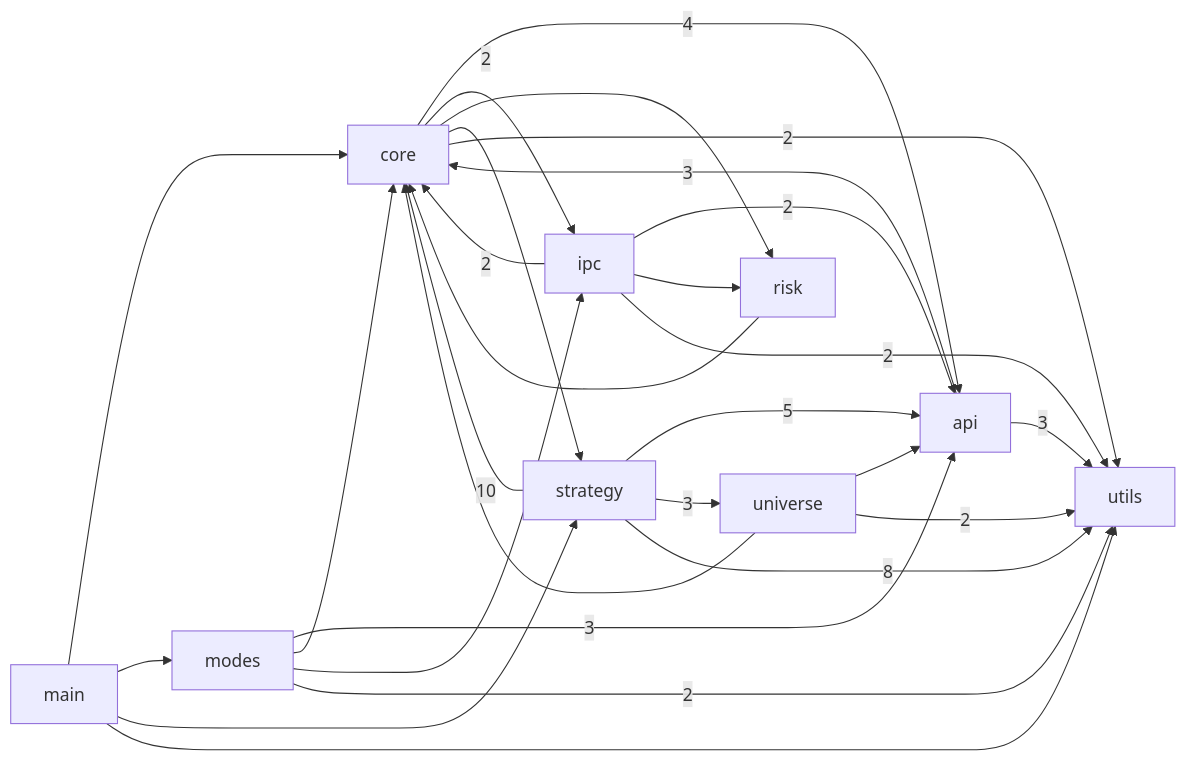
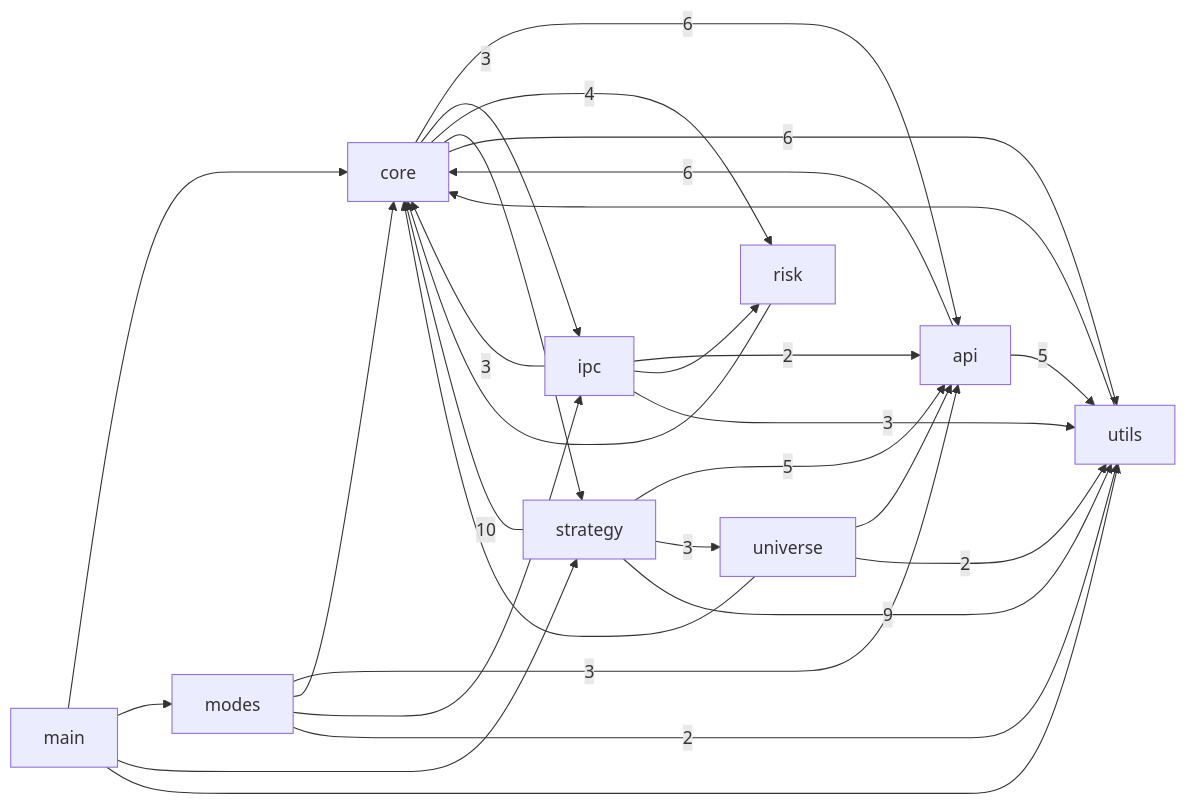
Before and after one commit to pypy8171/Quant: the first of 3 diagrams in docs/CODE_GRAPH.md, drawn with Mermaid. The commit also changed other lines of this file and 2 other files, not shown here.

First line of the commit message:
docs(graph): Engine 분할 뒤 코드 의존 그래프를 다시 만든다

````diff
--- a/docs/CODE_GRAPH.md
+++ b/docs/CODE_GRAPH.md
@@ -10,39 +10,40 @@
 ```mermaid
 graph LR
   main[main]
   modes[modes]
   core[core]
   strategy[strategy]
   api[api]
   universe[universe]
   risk[risk]
   ipc[ipc]
   utils[utils]
-  api -->|3| core
-  api -->|3| utils
-  core -->|4| api
-  core -->|2| ipc
-  core --> risk
+  api -->|6| core
+  api -->|5| utils
+  core -->|6| api
+  core -->|3| ipc
+  core -->|4| risk
   core --> strategy
-  core -->|2| utils
+  core -->|6| utils
   ipc -->|2| api
-  ipc -->|2| core
+  ipc -->|3| core
   ipc --> risk
-  ipc -->|2| utils
+  ipc -->|3| utils
   main --> core
   main --> modes
   main --> strategy
   main --> utils
   modes -->|3| api
   modes --> core
   modes --> ipc
   modes -->|2| utils
   risk --> core
   strategy -->|5| api
   strategy -->|10| core
   strategy -->|3| universe
-  strategy -->|8| utils
+  strategy -->|9| utils
   universe --> api
   universe --> core
   universe -->|2| utils
+  utils --> core
 ```
````
